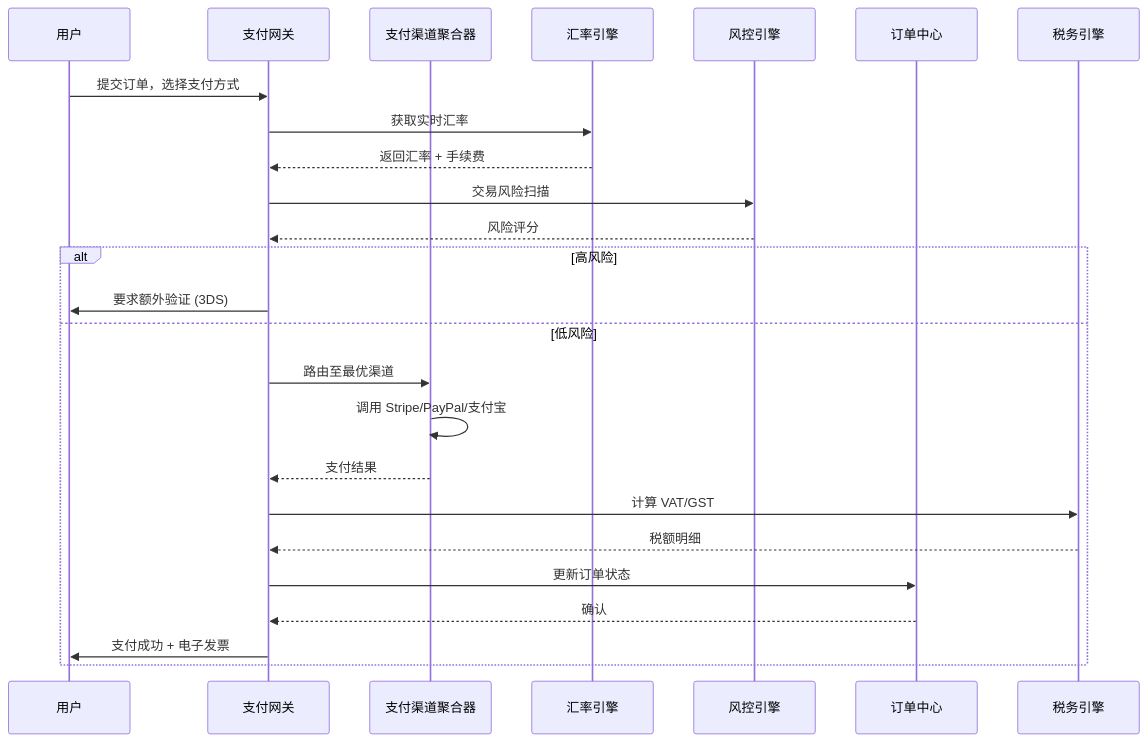
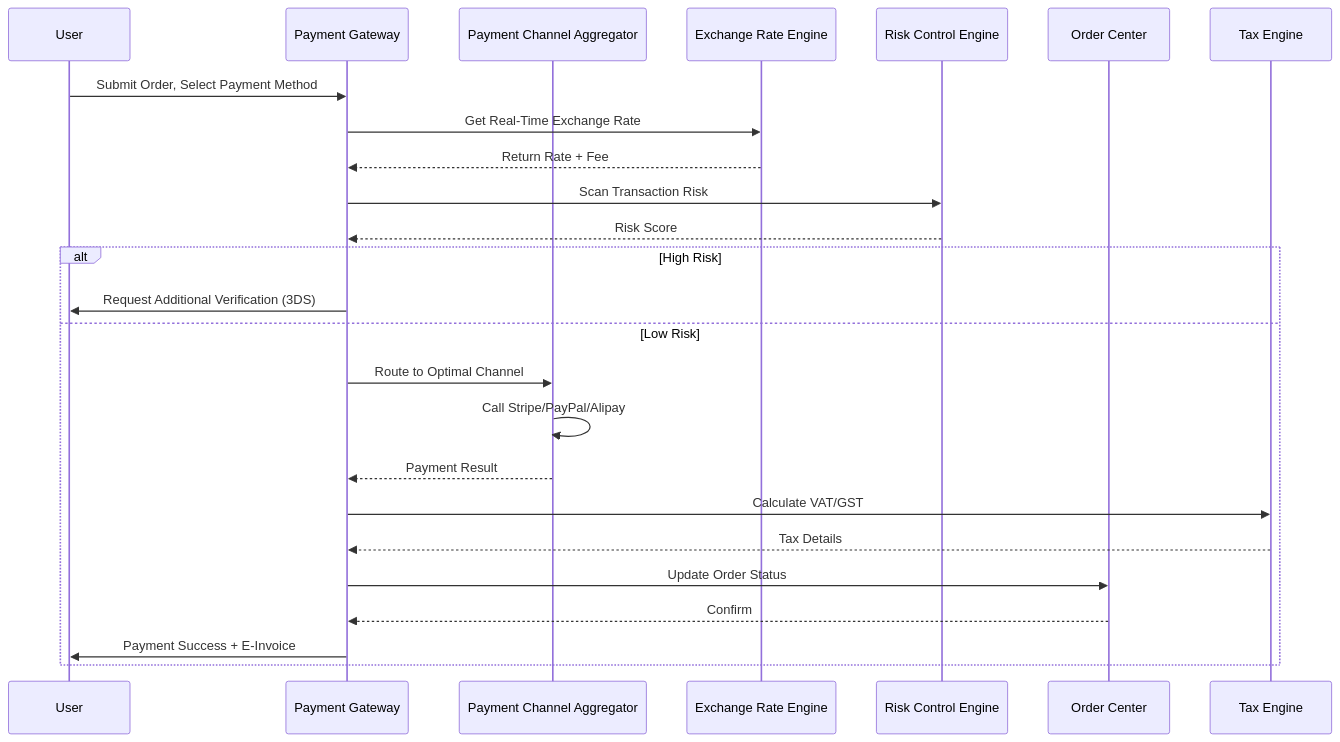
One commit to teaglebuilt/knowledge-tree changed the second of 6 diagrams in tree/application/architecture/cross-border-ecommerce.md. Above: the diagram before and after it, drawn with Mermaid. The commit also changed other lines of this file and 16 other files, not shown here.

````diff
--- a/tree/application/architecture/cross-border-ecommerce.md
+++ b/tree/application/architecture/cross-border-ecommerce.md
@@ -213,28 +174,28 @@
 ```mermaid
 sequenceDiagram
-    participant U as 用户
-    participant GW as 支付网关
-    participant PS as 支付渠道聚合器
-    participant FX as 汇率引擎
-    participant RSK as 风控引擎
-    participant ORD as 订单中心
-    participant TAX as 税务引擎
+    participant U as User
+    participant GW as Payment Gateway
+    participant PS as Payment Channel Aggregator
+    participant FX as Exchange Rate Engine
+    participant RSK as Risk Control Engine
+    participant ORD as Order Center
+    participant TAX as Tax Engine
 
-    U->>GW: 提交订单，选择支付方式
-    GW->>FX: 获取实时汇率
-    FX-->>GW: 返回汇率 + 手续费
-    GW->>RSK: 交易风险扫描
-    RSK-->>GW: 风险评分
-    alt 高风险
-        GW->>U: 要求额外验证 (3DS)
-    else 低风险
-        GW->>PS: 路由至最优渠道
-        PS->>PS: 调用 Stripe/PayPal/支付宝
-        PS-->>GW: 支付结果
-        GW->>TAX: 计算 VAT/GST
-        TAX-->>GW: 税额明细
-        GW->>ORD: 更新订单状态
-        ORD-->>GW: 确认
-        GW->>U: 支付成功 + 电子发票
+    U->>GW: Submit Order, Select Payment Method
+    GW->>FX: Get Real-Time Exchange Rate
+    FX-->>GW: Return Rate + Fee
+    GW->>RSK: Scan Transaction Risk
+    RSK-->>GW: Risk Score
+    alt High Risk
+        GW->>U: Request Additional Verification (3DS)
+    else Low Risk
+        GW->>PS: Route to Optimal Channel
+        PS->>PS: Call Stripe/PayPal/Alipay
+        PS-->>GW: Payment Result
+        GW->>TAX: Calculate VAT/GST
+        TAX-->>GW: Tax Details
+        GW->>ORD: Update Order Status
+        ORD-->>GW: Confirm
+        GW->>U: Payment Success + E-Invoice
     end
 ```
````
